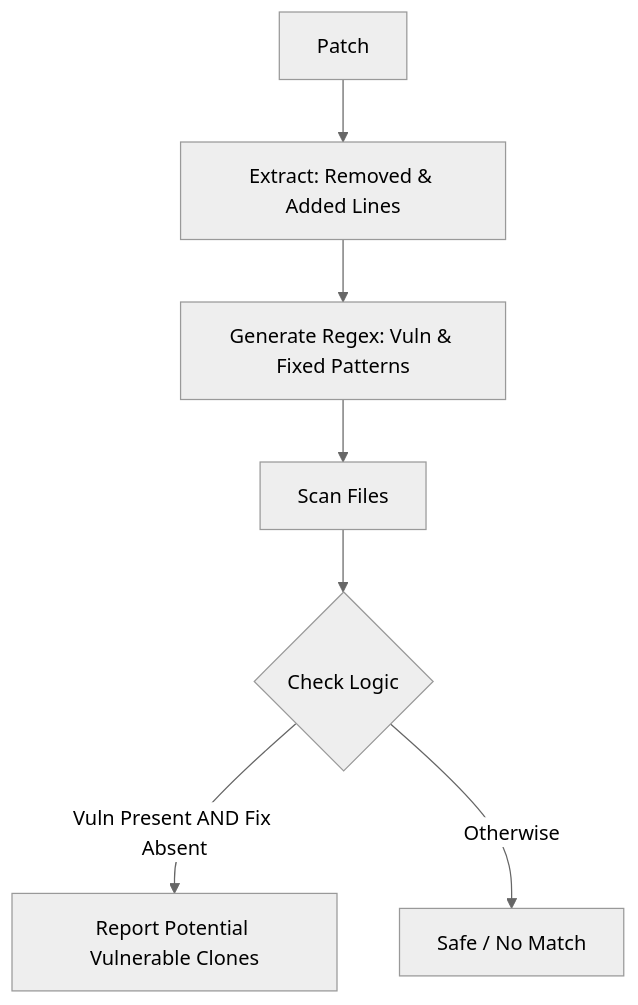
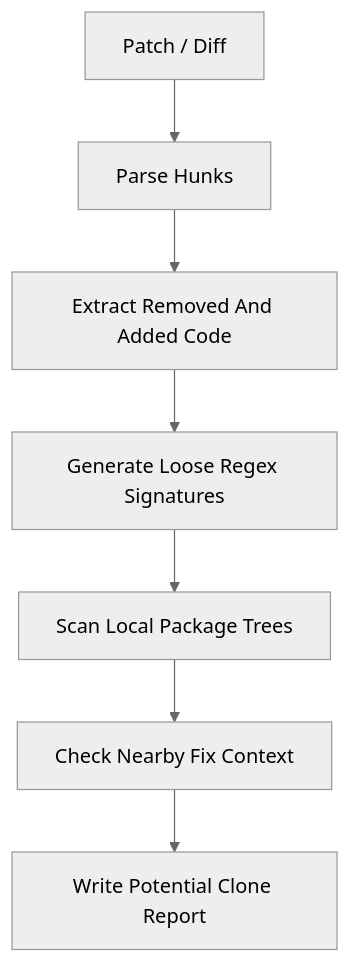
The diagram in README.md (harshith-ashok/atoc-gsoc), drawn with Mermaid (neutral theme) before and after one commit. The commit also changed other lines of this file and 10 other files, not shown here.

````diff
--- a/README.md
+++ b/README.md
@@ -32,9 +70,9 @@
 ```mermaid
 graph TD
-    A[Patch] --> B[Extract: Removed & Added Lines]
-    B --> C[Generate Regex: Vuln & Fixed Patterns]
-    C --> D[Scan Files]
-    D --> E{Check Logic}
-    E -->|Vuln Present AND Fix Absent| F[Report Potential Vulnerable Clones]
-    E -->|Otherwise| G[Safe / No Match]
+    A["Patch / Diff"] --> B["Parse Hunks"]
+    B --> C["Extract Removed And Added Code"]
+    C --> D["Generate Loose Regex Signatures"]
+    D --> E["Scan Local Package Trees"]
+    E --> F["Check Nearby Fix Context"]
+    F --> G["Write Potential Clone Report"]
 ```
````
